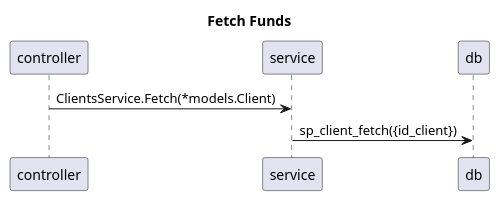
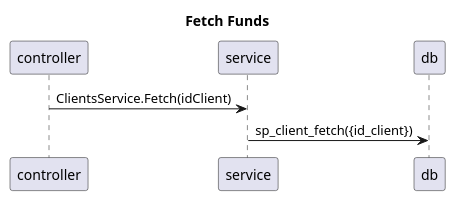
Before and after one commit to Farber98/vagas: the diagram in internal/docs/sequenceDiagrams/fetchFunds.puml, drawn with PlantUML. The commit also changed 8 other files, not shown here.

Commit message:
Added services that call stored procedures. Corrected diagrams.

```diff
--- a/internal/docs/sequenceDiagrams/fetchFunds.puml
+++ b/internal/docs/sequenceDiagrams/fetchFunds.puml
@@ -1,6 +1,6 @@
 @startuml
 title Fetch Funds
 skinparam responseMessageBelowArrow true
-controller -> service : ClientsService.Fetch(*models.Client)
+controller -> service : ClientsService.Fetch(idClient)
 service -> db : sp_client_fetch({id_client})
 @enduml
```
